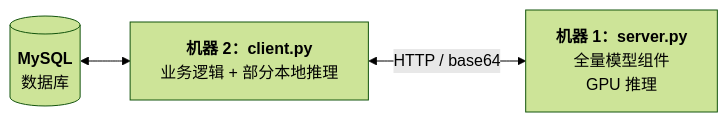
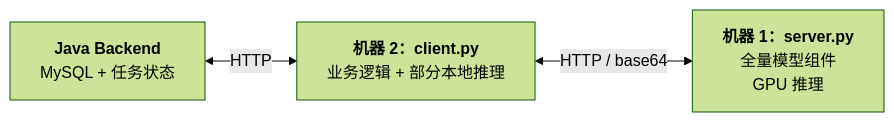
One commit to SaMuel-101-cky/CLIP-and-distributed-deployment changed the fourth of 5 diagrams in CLIP_model/README.md. Above: the diagram before and after it, drawn with Mermaid (forest theme). The commit also changed other lines of this file and 52 other files, not shown here.

Commit message:
feat: refactor backend ai task flow

````diff
--- a/CLIP_model/README.md
+++ b/CLIP_model/README.md
@@ -80,5 +81,5 @@
 ```mermaid
 graph LR
-    MySQL[(<b>MySQL</b><br/>数据库)] <--> Client[<b>机器 2：client.py</b><br/>业务逻辑 + 部分本地推理]
+    Backend[<b>Java Backend</b><br/>MySQL + 任务状态] <-->|HTTP| Client[<b>机器 2：client.py</b><br/>业务逻辑 + 部分本地推理]
     Client <-->|HTTP / base64| Server[<b>机器 1：server.py</b><br/>全量模型组件<br/>GPU 推理]
 ```
````
